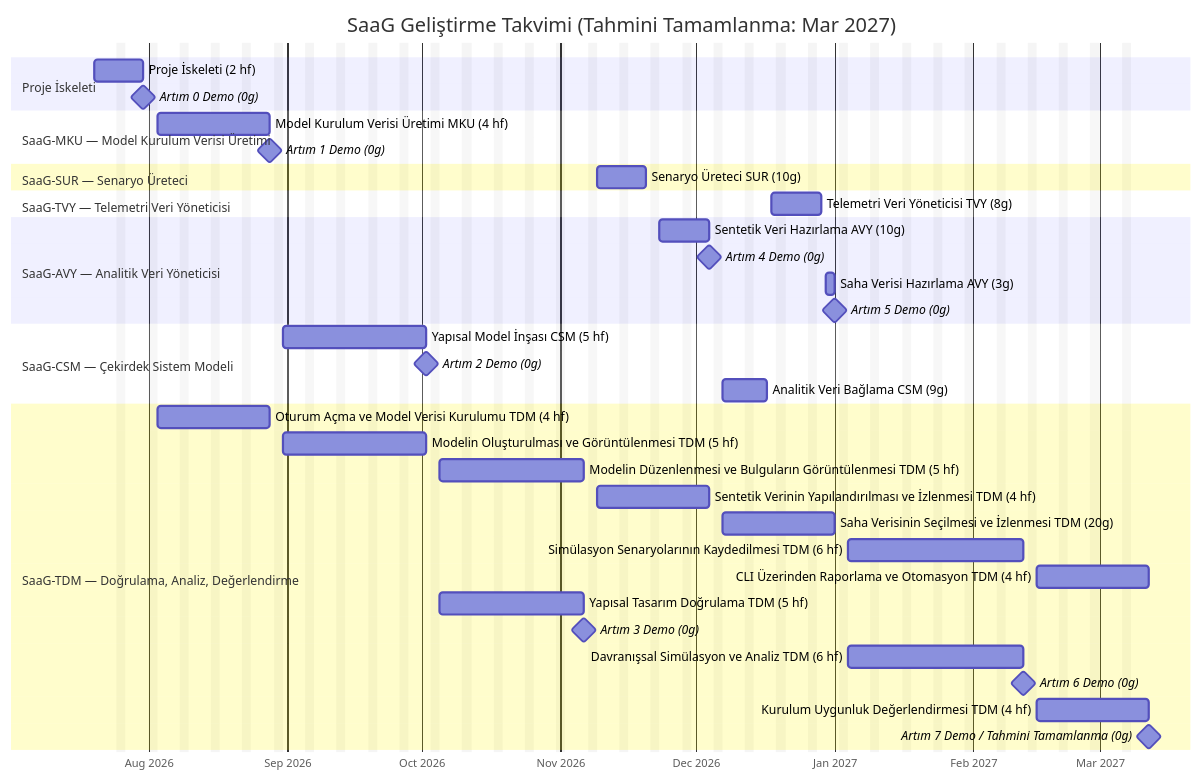
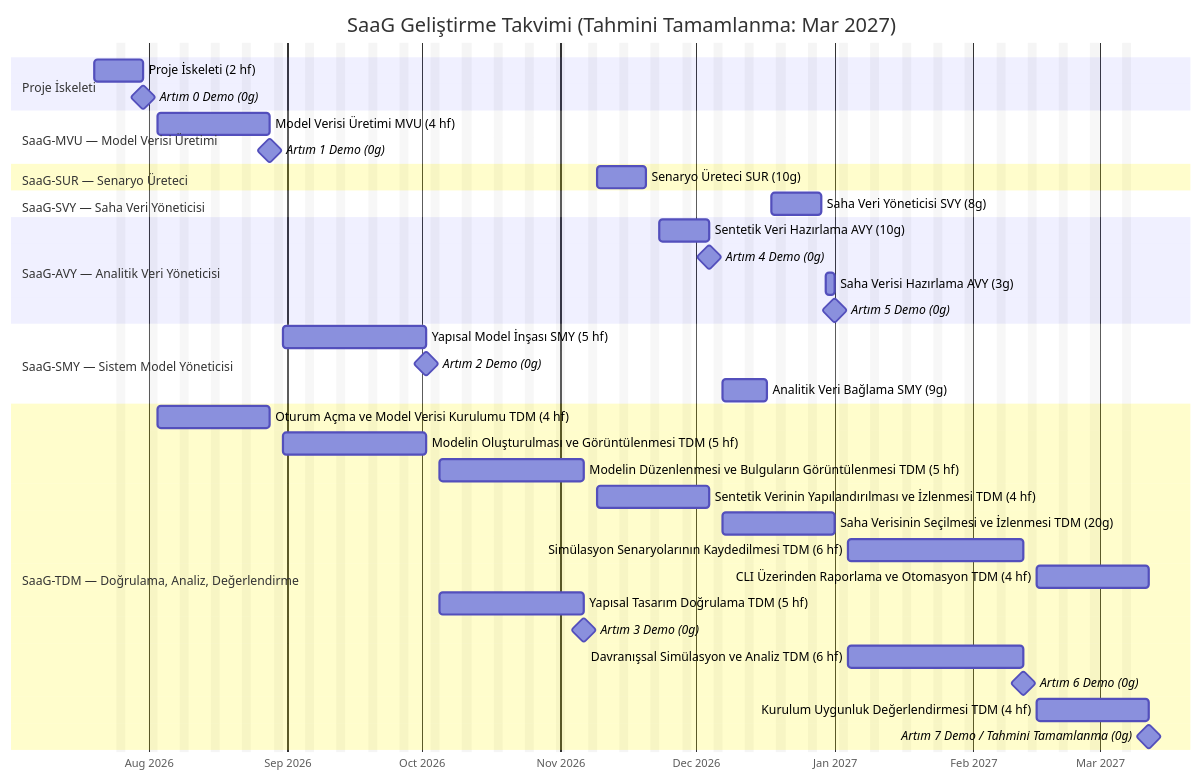
Before and after one commit to onuralpyigit/system-as-a-graph: the diagram in docs/planning/SDP.tr.md, drawn with Mermaid. The commit also changed other lines of this file and 3 other files, not shown here.

````diff
--- a/docs/planning/SDP.tr.md
+++ b/docs/planning/SDP.tr.md
@@ -298,48 +298,48 @@
 ```mermaid
 %%{init: { 'themeVariables': { 'excludeBkgColor': 'rgba(128,128,128,0.08)' } } }%%
 gantt
     title SaaG Geliştirme Takvimi (Tahmini Tamamlanma: Mar 2027)
     dateFormat YYYY-MM-DD
     axisFormat %b %Y
     excludes weekends
 
     section Proje İskeleti
     Proje İskeleti (2 hf)      :scaffold1, 2026-07-20, 2026-07-31
     Artım 0 Demo (0g)               :milestone, demo0, after scaffold1, 0d
 
-    section SaaG-MKU — Model Kurulum Verisi Üretimi
-    Model Kurulum Verisi Üretimi MKU (4 hf)               :msd, 2026-08-03, 2026-08-28
-    Artım 1 Demo (0g)                                    :milestone, demo1, after msd, 0d
+    section SaaG-MVU — Model Verisi Üretimi
+    Model Verisi Üretimi MVU (4 hf)               :mvu, 2026-08-03, 2026-08-28
+    Artım 1 Demo (0g)                                    :milestone, demo1, after mvu, 0d
 
     section SaaG-SUR — Senaryo Üreteci
     Senaryo Üreteci SUR (10g)                       :scg, 2026-11-09, 2026-11-20
 
-    section SaaG-TVY — Telemetri Veri Yöneticisi
-    Telemetri Veri Yöneticisi TVY (8g)                    :frd, 2026-12-18, 2026-12-29
+    section SaaG-SVY — Saha Veri Yöneticisi
+    Saha Veri Yöneticisi SVY (8g)                    :svy, 2026-12-18, 2026-12-29
 
     section SaaG-AVY — Analitik Veri Yöneticisi
     Sentetik Veri Hazırlama AVY (10g)          :adpa, 2026-11-23, 2026-12-04
     Artım 4 Demo (0g)                                    :milestone, demo4, after adpa, 0d
     Saha Verisi Hazırlama AVY (3g)                :adpb, 2026-12-30, 2027-01-01
     Artım 5 Demo (0g)                                    :milestone, demo5, after adpb, 0d
 
-    section SaaG-CSM — Çekirdek Sistem Modeli
-    Yapısal Model İnşası CSM (5 hf)                         :csm01, 2026-08-31, 2026-10-02
-    Artım 2 Demo (0g)                                    :milestone, demo2, after csm01, 0d
-    Analitik Veri Bağlama CSM (9g)                          :csm02, 2026-12-07, 2026-12-17
+    section SaaG-SMY — Sistem Model Yöneticisi
+    Yapısal Model İnşası SMY (5 hf)                         :smy01, 2026-08-31, 2026-10-02
+    Artım 2 Demo (0g)                                    :milestone, demo2, after smy01, 0d
+    Analitik Veri Bağlama SMY (9g)                          :smy02, 2026-12-07, 2026-12-17
 
     section SaaG-TDM — Doğrulama, Analiz, Değerlendirme
     Oturum Açma ve Model Verisi Kurulumu TDM (4 hf)        :vae01a, 2026-08-03, 2026-08-28
     Modelin Oluşturulması ve Görüntülenmesi TDM (5 hf)               :vae01b, 2026-08-31, 2026-10-02
     Modelin Düzenlenmesi ve Bulguların Görüntülenmesi TDM (5 hf)       :vae01c, 2026-10-05, 2026-11-06
     Sentetik Verinin Yapılandırılması ve İzlenmesi TDM (4 hf) :vae01de, 2026-11-09, 2026-12-04
     Saha Verisinin Seçilmesi ve İzlenmesi TDM (20g) :vae01f, 2026-12-07, 2027-01-01
     Simülasyon Senaryolarının Kaydedilmesi TDM (6 hf)           :vae01g, 2027-01-04, 2027-02-12
     CLI Üzerinden Raporlama ve Otomasyon TDM (4 hf)             :vae01h, 2027-02-15, 2027-03-12
     Yapısal Tasarım Doğrulama TDM (5 hf)                   :vae02, 2026-10-05, 2026-11-06
     Artım 3 Demo (0g)                                    :milestone, demo3, after vae02, 0d
     Davranışsal Simülasyon ve Analiz TDM (6 hf)             :vae03, 2027-01-04, 2027-02-12
     Artım 6 Demo (0g)                                    :milestone, demo6, after vae03, 0d
     Kurulum Uygunluk Değerlendirmesi TDM (4 hf)                 :vae04, 2027-02-15, 2027-03-12
     Artım 7 Demo / Tahmini Tamamlanma (0g)             :milestone, completion, after vae04, 0d
 ```
````
